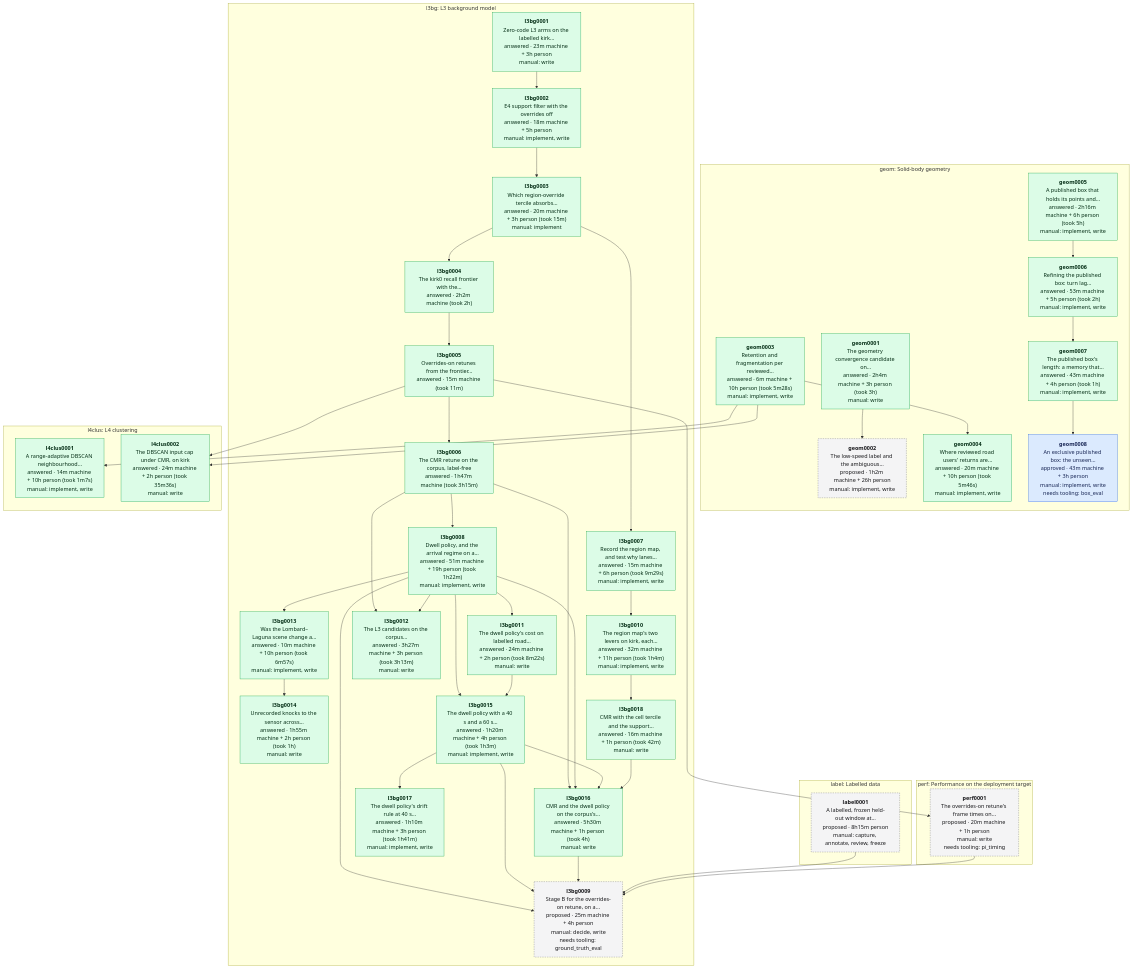
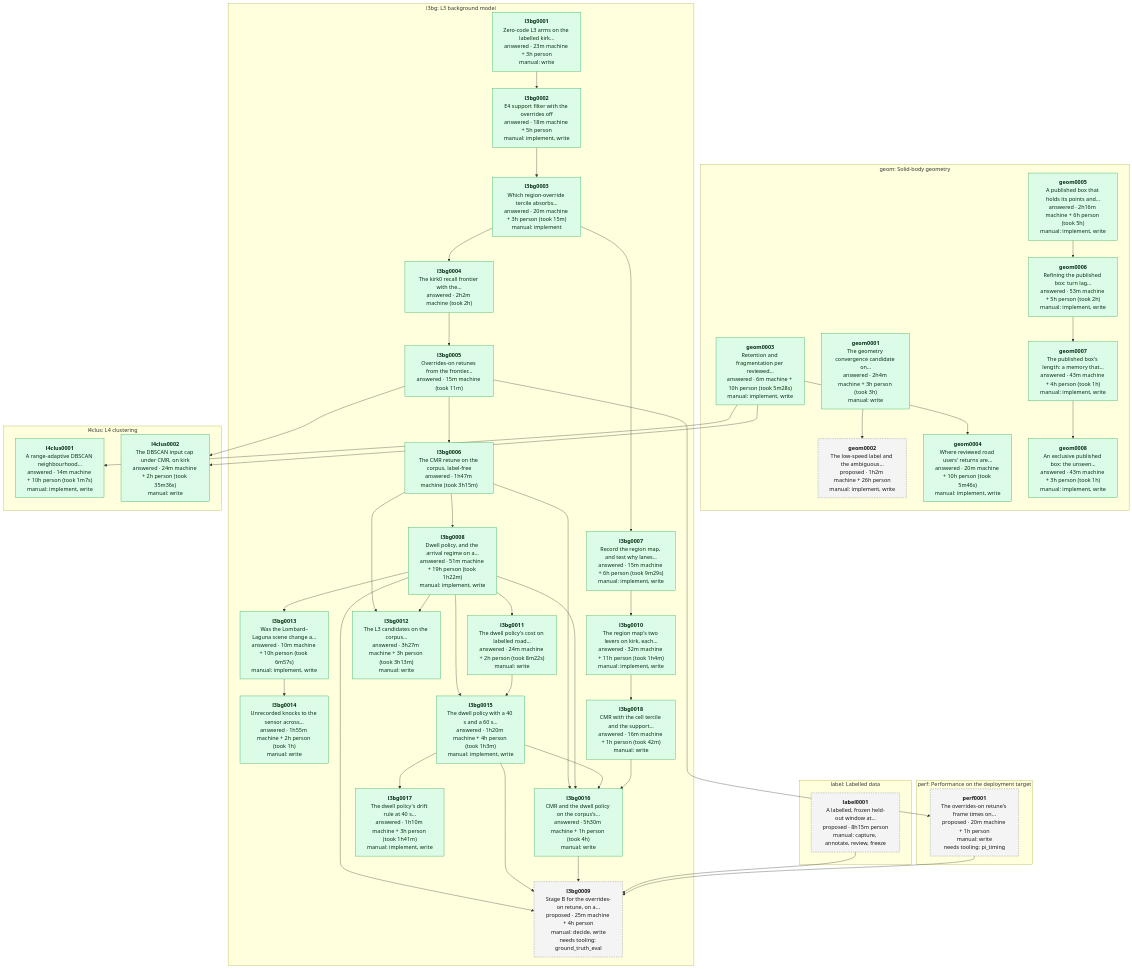
One commit to banshee-data/velocity.report changed the diagram in data/experiments/DEPENDENCIES.md. Above: the diagram before and after it, drawn with Mermaid. The commit also changed other lines of this file and 4 other files, not shown here.

First line of the commit message:
[ai][docs] geom0008 answered: the exclusive box failed its rule and stays off

````diff
--- a/data/experiments/DEPENDENCIES.md
+++ b/data/experiments/DEPENDENCIES.md
@@ -7,82 +7,82 @@
 ```mermaid
 flowchart TB
   classDef proposed fill:#f4f4f5,stroke:#71717a,stroke-dasharray:4 3,color:#18181b
   classDef approved fill:#dbeafe,stroke:#2563eb,color:#172554
   classDef answered fill:#dcfce7,stroke:#16a34a,color:#052e16
   classDef retired fill:#fafafa,stroke:#d4d4d8,color:#71717a
   subgraph area_geom ["geom: Solid-body geometry"]
     geom0001["<b>geom0001</b><br/>The geometry convergence candidate on…<br/>answered · 2h4m machine + 3h person (took 3h)<br/>manual: write"]:::answered
     geom0002["<b>geom0002</b><br/>The low-speed label and the ambiguous…<br/>proposed · 1h2m machine + 26h person<br/>manual: implement, write"]:::proposed
     geom0003["<b>geom0003</b><br/>Retention and fragmentation per reviewed…<br/>answered · 6m machine + 10h person (took 5m28s)<br/>manual: implement, write"]:::answered
     geom0004["<b>geom0004</b><br/>Where reviewed road users' returns are…<br/>answered · 20m machine + 10h person (took 5m46s)<br/>manual: implement, write"]:::answered
     geom0005["<b>geom0005</b><br/>A published box that holds its points and…<br/>answered · 2h16m machine + 6h person (took 5h)<br/>manual: implement, write"]:::answered
     geom0006["<b>geom0006</b><br/>Refining the published box: turn lag…<br/>answered · 53m machine + 5h person (took 2h)<br/>manual: implement, write"]:::answered
     geom0007["<b>geom0007</b><br/>The published box's length: a memory that…<br/>answered · 43m machine + 4h person (took 1h)<br/>manual: implement, write"]:::answered
-    geom0008["<b>geom0008</b><br/>An exclusive published box: the unseen…<br/>approved · 43m machine + 3h person<br/>manual: implement, write<br/>needs tooling: box_eval"]:::approved
+    geom0008["<b>geom0008</b><br/>An exclusive published box: the unseen…<br/>answered · 43m machine + 3h person (took 1h)<br/>manual: implement, write"]:::answered
   end
   subgraph area_l3bg ["l3bg: L3 background model"]
     l3bg0001["<b>l3bg0001</b><br/>Zero-code L3 arms on the labelled kirk…<br/>answered · 23m machine + 3h person<br/>manual: write"]:::answered
     l3bg0002["<b>l3bg0002</b><br/>E4 support filter with the overrides off<br/>answered · 18m machine + 5h person<br/>manual: implement, write"]:::answered
     l3bg0003["<b>l3bg0003</b><br/>Which region-override tercile absorbs…<br/>answered · 20m machine + 3h person (took 15m)<br/>manual: implement"]:::answered
     l3bg0004["<b>l3bg0004</b><br/>The kirk0 recall frontier with the…<br/>answered · 2h2m machine (took 2h)"]:::answered
     l3bg0005["<b>l3bg0005</b><br/>Overrides-on retunes from the frontier…<br/>answered · 15m machine (took 11m)"]:::answered
     l3bg0006["<b>l3bg0006</b><br/>The CMR retune on the corpus, label-free<br/>answered · 1h47m machine (took 3h15m)"]:::answered
     l3bg0007["<b>l3bg0007</b><br/>Record the region map, and test why lanes…<br/>answered · 15m machine + 6h person (took 9m29s)<br/>manual: implement, write"]:::answered
     l3bg0008["<b>l3bg0008</b><br/>Dwell policy, and the arrival regime on a…<br/>answered · 51m machine + 19h person (took 1h22m)<br/>manual: implement, write"]:::answered
     l3bg0009["<b>l3bg0009</b><br/>Stage B for the overrides-on retune, on a…<br/>proposed · 25m machine + 4h person<br/>manual: decide, write<br/>needs tooling: ground_truth_eval"]:::proposed
     l3bg0010["<b>l3bg0010</b><br/>The region map's two levers on kirk, each…<br/>answered · 32m machine + 11h person (took 1h4m)<br/>manual: implement, write"]:::answered
     l3bg0011["<b>l3bg0011</b><br/>The dwell policy's cost on labelled road…<br/>answered · 24m machine + 2h person (took 8m22s)<br/>manual: write"]:::answered
     l3bg0012["<b>l3bg0012</b><br/>The L3 candidates on the corpus…<br/>answered · 3h27m machine + 3h person (took 3h13m)<br/>manual: write"]:::answered
     l3bg0013["<b>l3bg0013</b><br/>Was the Lombard–Laguna scene change a…<br/>answered · 10m machine + 10h person (took 6m57s)<br/>manual: implement, write"]:::answered
     l3bg0014["<b>l3bg0014</b><br/>Unrecorded knocks to the sensor across…<br/>answered · 1h55m machine + 2h person (took 1h)<br/>manual: write"]:::answered
     l3bg0015["<b>l3bg0015</b><br/>The dwell policy with a 40 s and a 60 s…<br/>answered · 1h20m machine + 4h person (took 1h3m)<br/>manual: implement, write"]:::answered
     l3bg0016["<b>l3bg0016</b><br/>CMR and the dwell policy on the corpus's…<br/>answered · 5h30m machine + 1h person (took 4h)<br/>manual: write"]:::answered
     l3bg0017["<b>l3bg0017</b><br/>The dwell policy's drift rule at 40 s…<br/>answered · 1h10m machine + 3h person (took 1h41m)<br/>manual: implement, write"]:::answered
     l3bg0018["<b>l3bg0018</b><br/>CMR with the cell tercile and the support…<br/>answered · 16m machine + 1h person (took 42m)<br/>manual: write"]:::answered
   end
   subgraph area_l4clus ["l4clus: L4 clustering"]
     l4clus0001["<b>l4clus0001</b><br/>A range-adaptive DBSCAN neighbourhood…<br/>answered · 14m machine + 10h person (took 1m7s)<br/>manual: implement, write"]:::answered
     l4clus0002["<b>l4clus0002</b><br/>The DBSCAN input cap under CMR, on kirk<br/>answered · 24m machine + 2h person (took 35m36s)<br/>manual: write"]:::answered
   end
   subgraph area_label ["label: Labelled data"]
     label0001["<b>label0001</b><br/>A labelled, frozen held-out window at…<br/>proposed · 8h15m person<br/>manual: capture, annotate, review, freeze"]:::proposed
   end
   subgraph area_perf ["perf: Performance on the deployment target"]
     perf0001["<b>perf0001</b><br/>The overrides-on retune's frame times on…<br/>proposed · 20m machine + 1h person<br/>manual: write<br/>needs tooling: pi_timing"]:::proposed
   end
   geom0001 --> geom0002
   geom0003 --> geom0004
   geom0005 --> geom0006
   geom0006 --> geom0007
   geom0007 --> geom0008
   l3bg0001 --> l3bg0002
   l3bg0002 --> l3bg0003
   l3bg0003 --> l3bg0004
   l3bg0004 --> l3bg0005
   l3bg0005 --> l3bg0006
   l3bg0003 --> l3bg0007
   l3bg0006 --> l3bg0008
   l3bg0008 --> l3bg0009
   l3bg0015 --> l3bg0009
   l3bg0016 --> l3bg0009
   label0001 --> l3bg0009
   perf0001 --> l3bg0009
   l3bg0007 --> l3bg0010
   l3bg0008 --> l3bg0011
   l3bg0006 --> l3bg0012
   l3bg0008 --> l3bg0012
   l3bg0008 --> l3bg0013
   l3bg0013 --> l3bg0014
   l3bg0008 --> l3bg0015
   l3bg0011 --> l3bg0015
   l3bg0006 --> l3bg0016
   l3bg0008 --> l3bg0016
   l3bg0015 --> l3bg0016
   l3bg0018 --> l3bg0016
   l3bg0015 --> l3bg0017
   l3bg0010 --> l3bg0018
   geom0003 --> l4clus0001
   geom0003 --> l4clus0002
   l3bg0005 --> l4clus0002
   l3bg0005 --> perf0001
 ```
````
